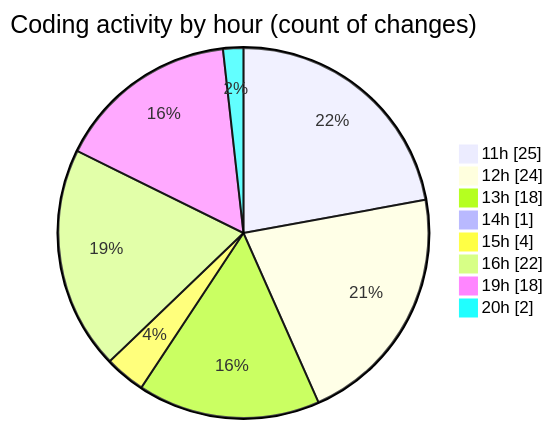
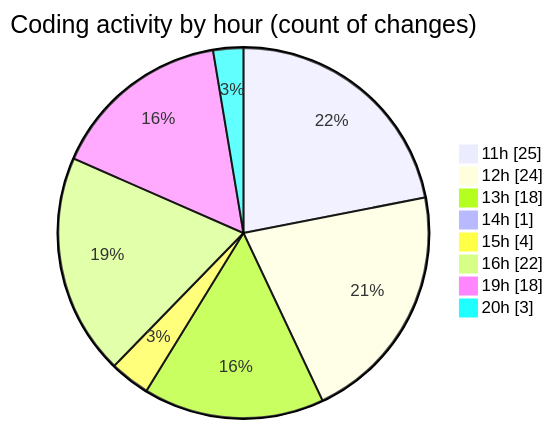
The second of 2 diagrams in 2025-04-12/myws__workspace_/README.md (MatusMokan/code-tracking), drawn with Mermaid before and after one commit. The commit also changed other lines of this file and 1 other file, not shown here.

````diff
--- a/2025-04-12/myws__workspace_/README.md
+++ b/2025-04-12/myws__workspace_/README.md
@@ -36,12 +36,12 @@
 ```mermaid
 pie showData
 title Coding activity by hour (count of changes)
 "11h" : 25
 "12h" : 24
 "13h" : 18
 "14h" : 1
 "15h" : 4
 "16h" : 22
 "19h" : 18
-"20h" : 2
+"20h" : 3
 ```
````
